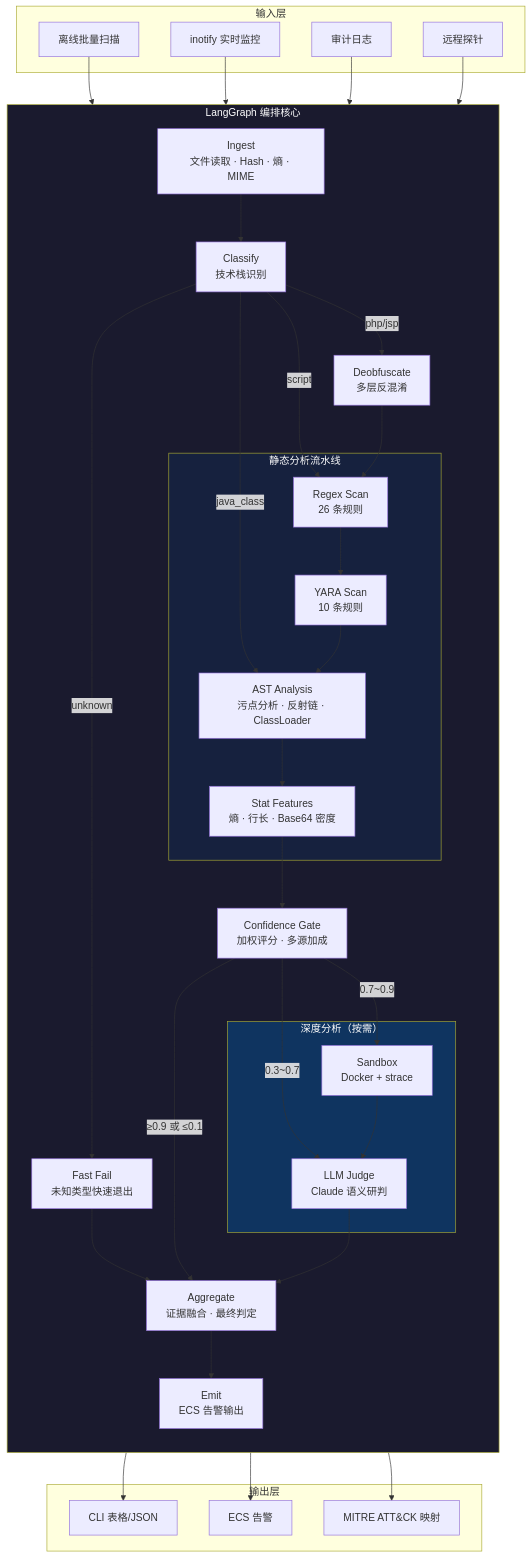
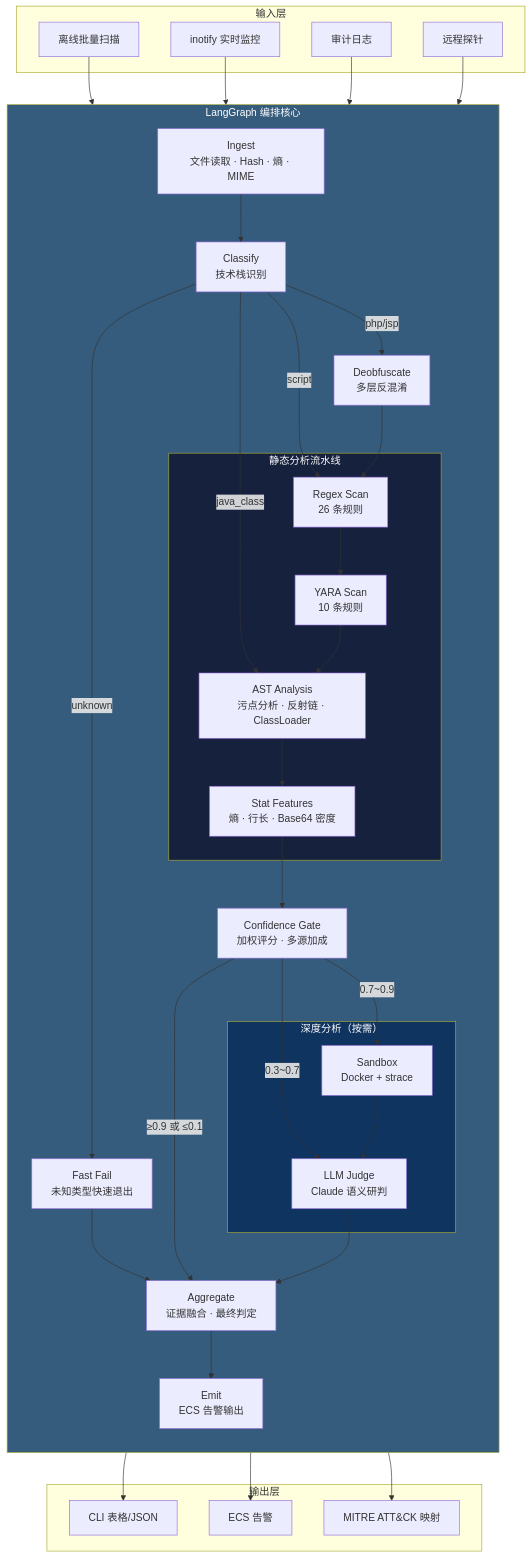
One commit to lzy756/webshells-detector changed the first of 6 diagrams in README.md. Above: the diagram before and after it, drawn with Mermaid.

Commit message:
Updates diagram color for improved visual clarity
Changes the fill color of a key diagram element to enhance readability and align with the overall color scheme.

````diff
--- a/README.md
+++ b/README.md
@@ -9,60 +9,60 @@
 ```mermaid
 graph TB
     subgraph Input["输入层"]
         A1[离线批量扫描]
         A2[inotify 实时监控]
         A3[审计日志]
         A4[远程探针]
     end
 
     subgraph Core["LangGraph 编排核心"]
         direction TB
         B1[Ingest<br/>文件读取 · Hash · 熵 · MIME]
         B2[Classify<br/>技术栈识别]
         B3[Deobfuscate<br/>多层反混淆]
         B4[Fast Fail<br/>未知类型快速退出]
 
         subgraph Static["静态分析流水线"]
             C1[Regex Scan<br/>26 条规则]
             C2[YARA Scan<br/>10 条规则]
             C3[AST Analysis<br/>污点分析 · 反射链 · ClassLoader]
             C4[Stat Features<br/>熵 · 行长 · Base64 密度]
         end
 
         D1[Confidence Gate<br/>加权评分 · 多源加成]
 
         subgraph Deep["深度分析（按需）"]
             E1[LLM Judge<br/>Claude 语义研判]
             E2[Sandbox<br/>Docker + strace]
         end
 
         F1[Aggregate<br/>证据融合 · 最终判定]
         F2[Emit<br/>ECS 告警输出]
     end
 
     subgraph Output["输出层"]
         G1[CLI 表格/JSON]
         G2[ECS 告警]
         G3[MITRE ATT&CK 映射]
     end
 
     A1 & A2 & A3 & A4 --> B1
     B1 --> B2
     B2 -->|php/jsp| B3
     B2 -->|java_class| C3
     B2 -->|script| C1
     B2 -->|unknown| B4
     B3 --> C1 --> C2 --> C3
     C3 --> C4 --> D1
     B4 --> F1
     D1 -->|"≥0.9 或 ≤0.1"| F1
     D1 -->|"0.3~0.7"| E1
     D1 -->|"0.7~0.9"| E2
     E2 --> E1 --> F1
     F1 --> F2
     F2 --> G1 & G2 & G3
 
-    style Core fill:#1a1a2e,color:#fff
+    style Core fill:#355c7d,color:#fff
     style Static fill:#16213e,color:#fff
     style Deep fill:#0f3460,color:#fff
 ```
````
